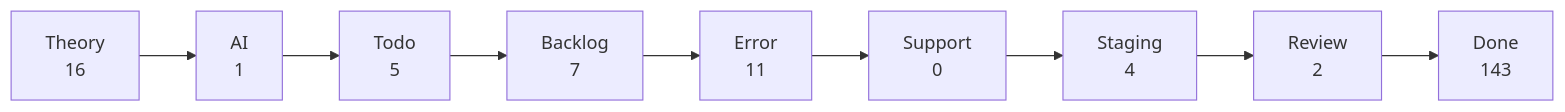
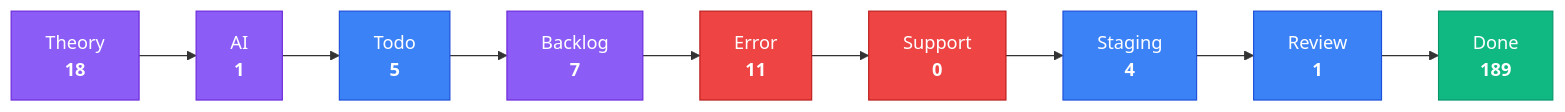
The third of 4 diagrams in apps/kbve/astro-kbve/src/content/docs/dashboard/kanban.mdx (KBVE/kbve), drawn with Mermaid before and after one commit. The commit also changed other lines of this file and 7 other files, not shown here.

````diff
--- a/apps/kbve/astro-kbve/src/content/docs/dashboard/kanban.mdx
+++ b/apps/kbve/astro-kbve/src/content/docs/dashboard/kanban.mdx
@@ -68,20 +80,28 @@
 ```mermaid
 flowchart LR
-    Theory["Theory<br/>16"]
+    classDef planning fill:#8b5cf6,stroke:#6d28d9,color:#fff
+    classDef active fill:#3b82f6,stroke:#1d4ed8,color:#fff
+    classDef blocked fill:#ef4444,stroke:#b91c1c,color:#fff
+    classDef done fill:#10b981,stroke:#059669,color:#fff
+    Theory["Theory<br/><strong>18</strong>"]
     Theory --> AI
-    AI["AI<br/>1"]
+    AI["AI<br/><strong>1</strong>"]
     AI --> Todo
-    Todo["Todo<br/>5"]
+    Todo["Todo<br/><strong>5</strong>"]
     Todo --> Backlog
-    Backlog["Backlog<br/>7"]
+    Backlog["Backlog<br/><strong>7</strong>"]
     Backlog --> Error
-    Error["Error<br/>11"]
+    Error["Error<br/><strong>11</strong>"]
     Error --> Support
-    Support["Support<br/>0"]
+    Support["Support<br/><strong>0</strong>"]
     Support --> Staging
-    Staging["Staging<br/>4"]
+    Staging["Staging<br/><strong>4</strong>"]
     Staging --> Review
-    Review["Review<br/>2"]
+    Review["Review<br/><strong>1</strong>"]
     Review --> Done
-    Done["Done<br/>143"]
+    Done["Done<br/><strong>189</strong>"]
+    class Theory,AI,Backlog planning
+    class Todo,Staging,Review active
+    class Error,Support blocked
+    class Done done
 ```
````
